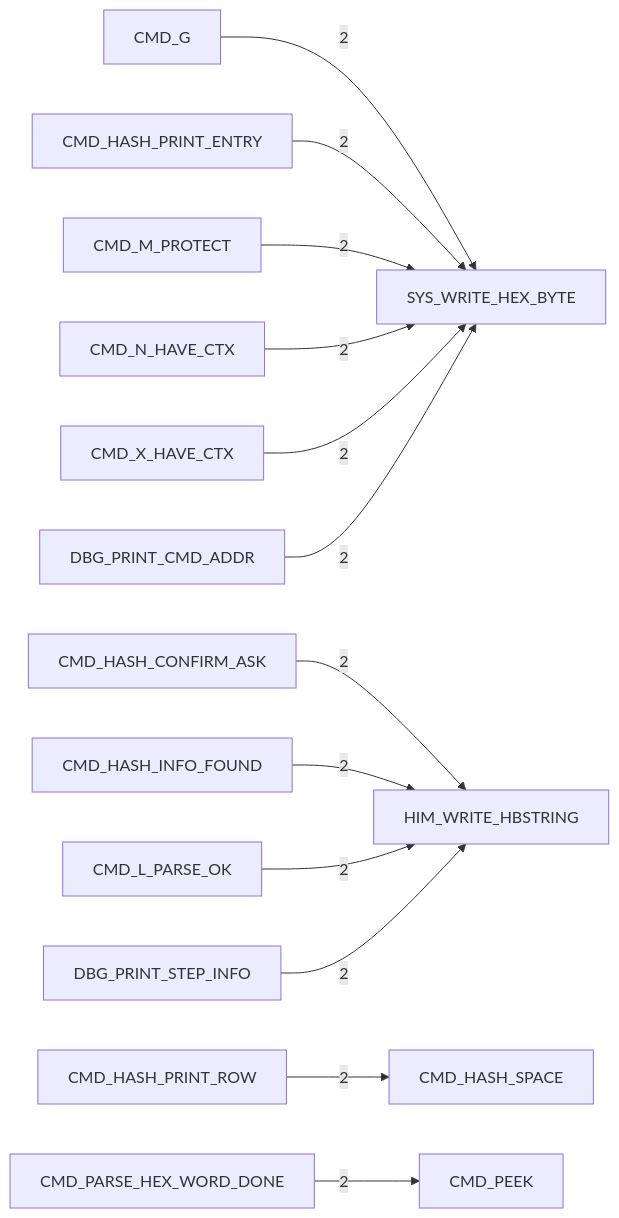
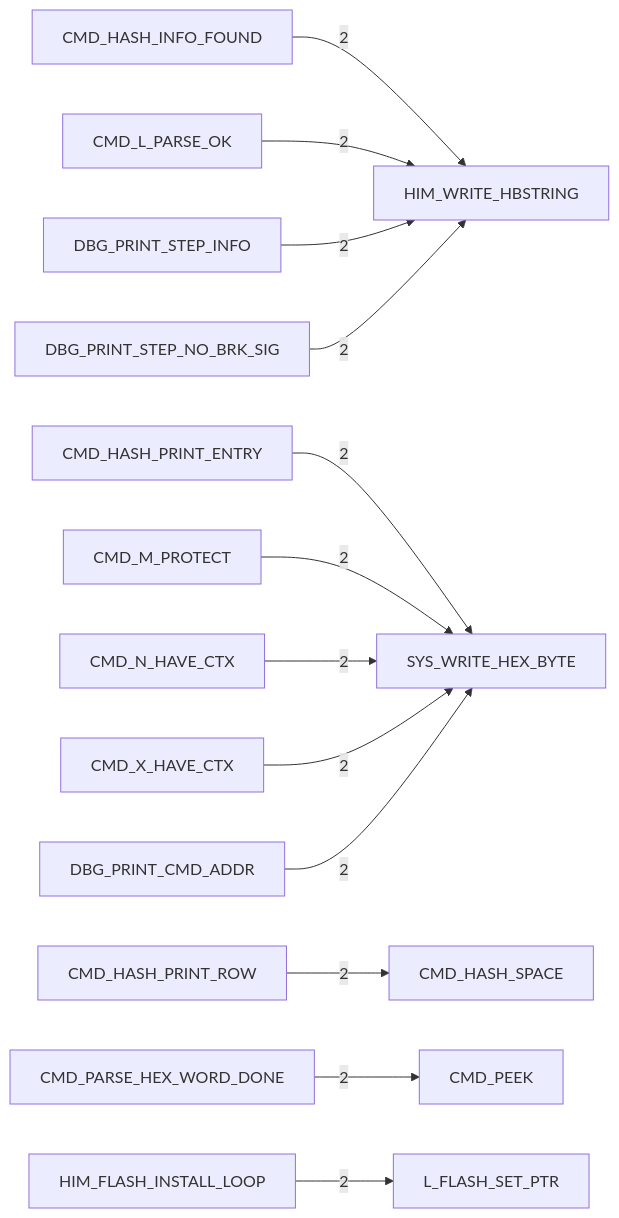
Before and after one commit to 95westus/R-YORS: the fourth of 6 diagrams in DOC/GENERATED/HIMON_COMMAND_MAP.md, drawn with Mermaid. The commit also changed other lines of this file and 29 other files, not shown here.

````diff
--- a/DOC/GENERATED/HIMON_COMMAND_MAP.md
+++ b/DOC/GENERATED/HIMON_COMMAND_MAP.md
@@ -60,15 +60,15 @@
 ```mermaid
 flowchart LR
-    N_CMD_G[CMD_G] -->|2| N_SYS_WRITE_HEX_BYTE[SYS_WRITE_HEX_BYTE]
-    N_CMD_HASH_CONFIRM_ASK[CMD_HASH_CONFIRM_ASK] -->|2| N_HIM_WRITE_HBSTRING[HIM_WRITE_HBSTRING]
     N_CMD_HASH_INFO_FOUND[CMD_HASH_INFO_FOUND] -->|2| N_HIM_WRITE_HBSTRING[HIM_WRITE_HBSTRING]
     N_CMD_HASH_PRINT_ENTRY[CMD_HASH_PRINT_ENTRY] -->|2| N_SYS_WRITE_HEX_BYTE[SYS_WRITE_HEX_BYTE]
     N_CMD_HASH_PRINT_ROW[CMD_HASH_PRINT_ROW] -->|2| N_CMD_HASH_SPACE[CMD_HASH_SPACE]
     N_CMD_L_PARSE_OK[CMD_L_PARSE_OK] -->|2| N_HIM_WRITE_HBSTRING[HIM_WRITE_HBSTRING]
     N_CMD_M_PROTECT[CMD_M_PROTECT] -->|2| N_SYS_WRITE_HEX_BYTE[SYS_WRITE_HEX_BYTE]
     N_CMD_N_HAVE_CTX[CMD_N_HAVE_CTX] -->|2| N_SYS_WRITE_HEX_BYTE[SYS_WRITE_HEX_BYTE]
     N_CMD_PARSE_HEX_WORD_DONE[CMD_PARSE_HEX_WORD_DONE] -->|2| N_CMD_PEEK[CMD_PEEK]
     N_CMD_X_HAVE_CTX[CMD_X_HAVE_CTX] -->|2| N_SYS_WRITE_HEX_BYTE[SYS_WRITE_HEX_BYTE]
     N_DBG_PRINT_CMD_ADDR[DBG_PRINT_CMD_ADDR] -->|2| N_SYS_WRITE_HEX_BYTE[SYS_WRITE_HEX_BYTE]
     N_DBG_PRINT_STEP_INFO[DBG_PRINT_STEP_INFO] -->|2| N_HIM_WRITE_HBSTRING[HIM_WRITE_HBSTRING]
+    N_DBG_PRINT_STEP_NO_BRK_SIG[DBG_PRINT_STEP_NO_BRK_SIG] -->|2| N_HIM_WRITE_HBSTRING[HIM_WRITE_HBSTRING]
+    N_HIM_FLASH_INSTALL_LOOP[HIM_FLASH_INSTALL_LOOP] -->|2| N_L_FLASH_SET_PTR[L_FLASH_SET_PTR]
 ```
````
